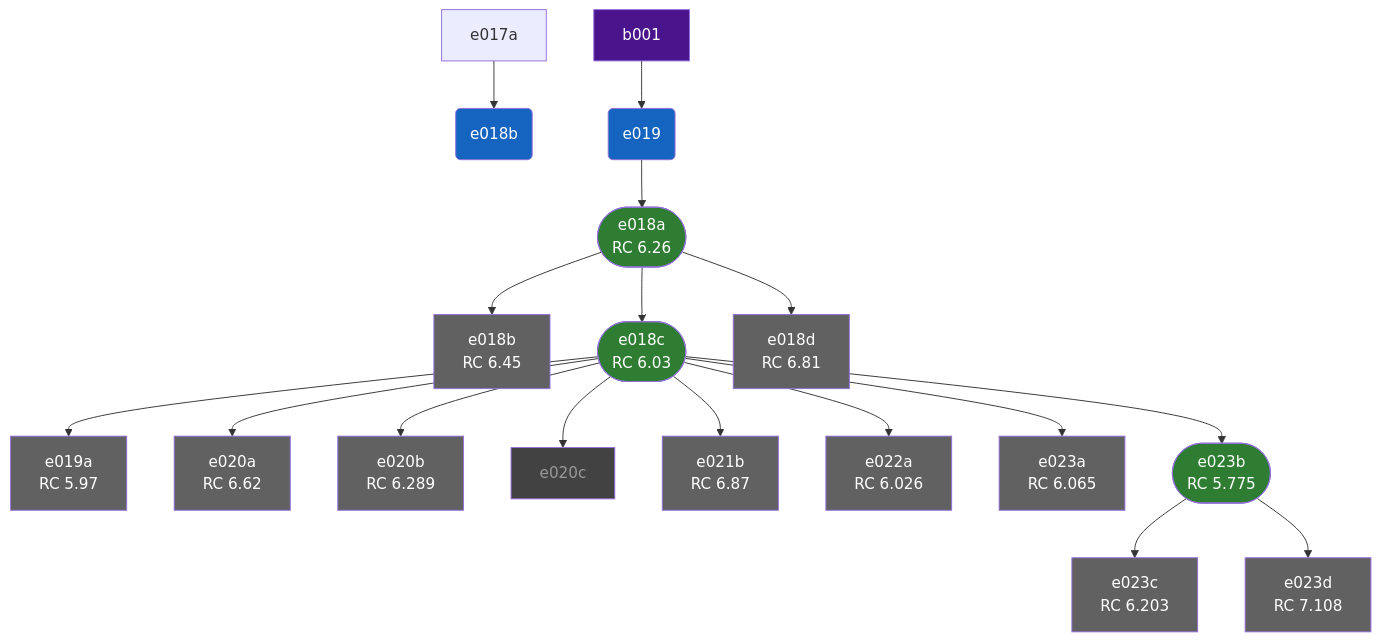
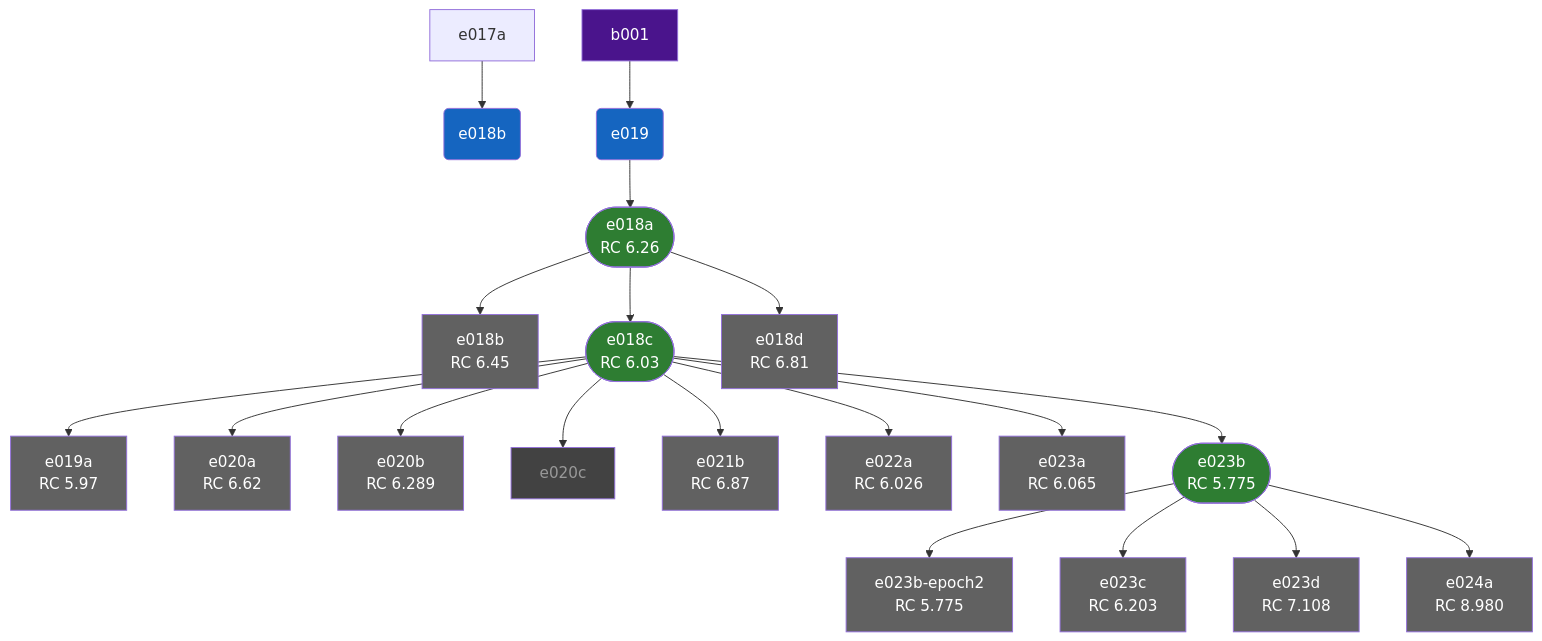
One commit to ScavieFae/autonomous-world-model changed the diagram in docs/experiments/index.md. Above: the diagram before and after it, drawn with Mermaid. The commit also changed other lines of this file and 6 other files, not shown here.

First line of the commit message:
Closeout e024a (full BPTT, discarded RC 8.980) and e023b-epoch2 (discarded, RC flat)

````diff
--- a/docs/experiments/index.md
+++ b/docs/experiments/index.md
@@ -11,53 +11,59 @@
 ```mermaid
 flowchart TD
     b001["b001"]
     e018a_self_forcing(["e018a\nRC 6.26"])
     e018b_rollout_coherence_eval("e018b")
     e018b_self_forcing_n5["e018b\nRC 6.45"]
     e018c_rolling_context_window(["e018c\nRC 6.03"])
     e018d_horizon_weighted_loss["e018d\nRC 6.81"]
     e019_baseline("e019")
     e019a_context_k50["e019a\nRC 5.97"]
     e020a_sf_ratio_10["e020a\nRC 6.62"]
     e020b_sf_ratio_30["e020b\nRC 6.289"]
     e020c_sf_n4["e020c"]
     e021b_selective_bptt["e021b\nRC 6.87"]
     e022a_bs256["e022a\nRC 6.026"]
     e023a_dmodel192["e023a\nRC 6.065"]
     e023b_dmodel768(["e023b\nRC 5.775"])
+    e023b_epoch2["e023b-epoch2\nRC 5.775"]
     e023c_dmodel512["e023c\nRC 6.203"]
     e023d_nlayers8["e023d\nRC 7.108"]
+    e024a_full_bptt["e024a\nRC 8.980"]
     e019_baseline --> e018a_self_forcing
     e017a --> e018b_rollout_coherence_eval
     e018a_self_forcing --> e018b_self_forcing_n5
     e018a_self_forcing --> e018c_rolling_context_window
     e018a_self_forcing --> e018d_horizon_weighted_loss
     b001 --> e019_baseline
     e018c_rolling_context_window --> e019a_context_k50
     e018c_rolling_context_window --> e020a_sf_ratio_10
     e018c_rolling_context_window --> e020b_sf_ratio_30
     e018c_rolling_context_window --> e020c_sf_n4
     e018c_rolling_context_window --> e021b_selective_bptt
     e018c_rolling_context_window --> e022a_bs256
     e018c_rolling_context_window --> e023a_dmodel192
     e018c_rolling_context_window --> e023b_dmodel768
+    e023b_dmodel768 --> e023b_epoch2
     e023b_dmodel768 --> e023c_dmodel512
     e023b_dmodel768 --> e023d_nlayers8
+    e023b_dmodel768 --> e024a_full_bptt
     style e018a_self_forcing fill:#2e7d32,color:#fff
     style e018b_rollout_coherence_eval fill:#1565c0,color:#fff
     style e018b_self_forcing_n5 fill:#616161,color:#fff
     style e018c_rolling_context_window fill:#2e7d32,color:#fff
     style e018d_horizon_weighted_loss fill:#616161,color:#fff
     style e019_baseline fill:#1565c0,color:#fff
     style e019a_context_k50 fill:#616161,color:#fff
     style e020a_sf_ratio_10 fill:#616161,color:#fff
     style e020b_sf_ratio_30 fill:#616161,color:#fff
     style e020c_sf_n4 fill:#424242,color:#999
     style e021b_selective_bptt fill:#616161,color:#fff
     style e022a_bs256 fill:#616161,color:#fff
     style e023a_dmodel192 fill:#616161,color:#fff
     style e023b_dmodel768 fill:#2e7d32,color:#fff
+    style e023b_epoch2 fill:#616161,color:#fff
     style e023c_dmodel512 fill:#616161,color:#fff
     style e023d_nlayers8 fill:#616161,color:#fff
+    style e024a_full_bptt fill:#616161,color:#fff
     style b001 fill:#4a148c,color:#fff
 ```
````
